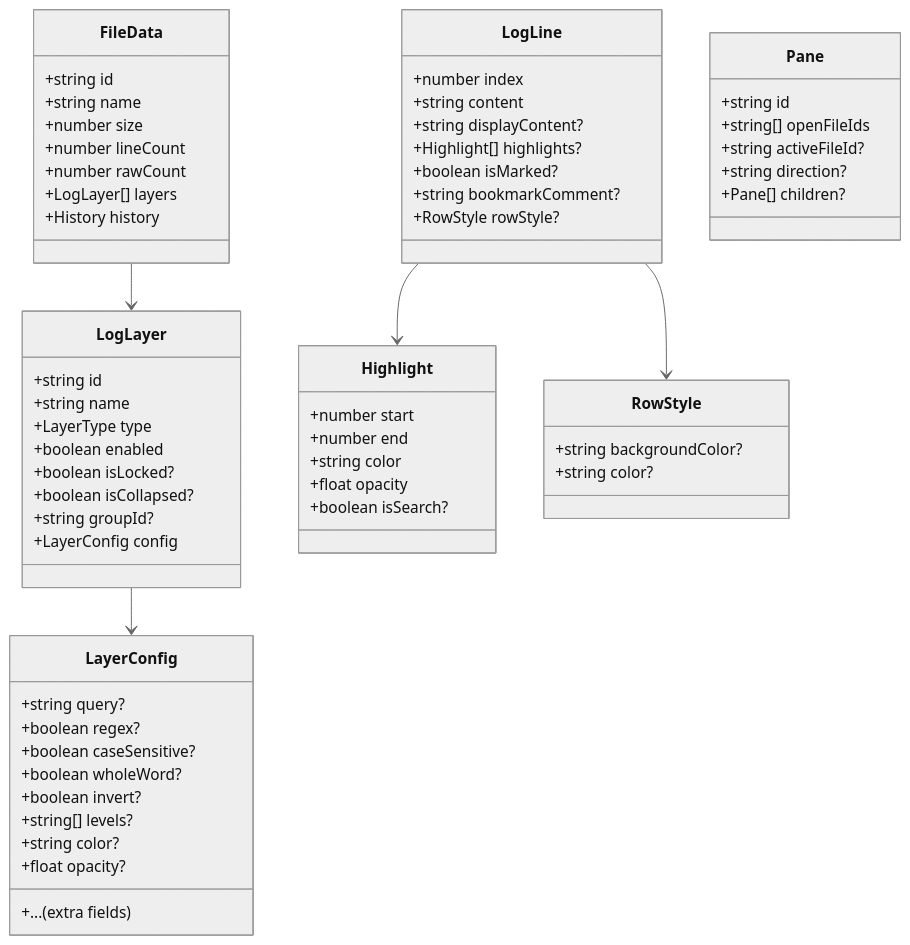
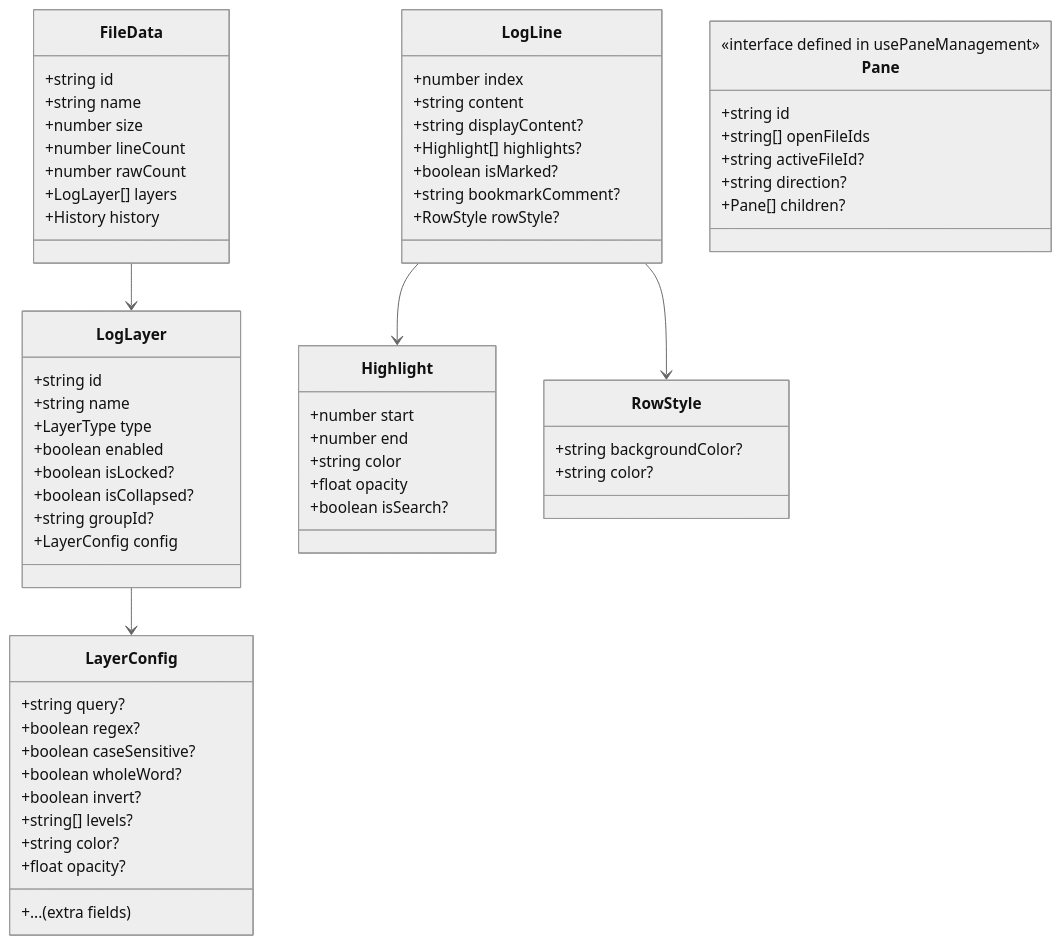
Diagram 26 of 27 in megatron_mermaid.md (qmjianda/loglayer), drawn with Mermaid (neutral theme) before and after one commit. The commit also changed other lines of this file and 63 other files, not shown here.

````diff
--- a/megatron_mermaid.md
+++ b/megatron_mermaid.md
@@ -1346,71 +1508,72 @@
 ```mermaid
 classDiagram
     class LogLayer {
         +string id
         +string name
         +LayerType type
         +boolean enabled
         +boolean isLocked?
         +boolean isCollapsed?
         +string groupId?
         +LayerConfig config
     }
     
     class LayerConfig {
         +string query?
         +boolean regex?
         +boolean caseSensitive?
         +boolean wholeWord?
         +boolean invert?
         +string[] levels?
         +string color?
         +float opacity?
         +... (extra fields)
     }
     
     class LogLine {
         +number index
         +string content
         +string displayContent?
         +Highlight[] highlights?
         +boolean isMarked?
         +string bookmarkComment?
         +RowStyle rowStyle?
     }
     
     class Highlight {
         +number start
         +number end
         +string color
         +float opacity
         +boolean isSearch?
     }
     
     class RowStyle {
         +string backgroundColor?
         +string color?
     }
     
     class FileData {
         +string id
         +string name
         +number size
         +number lineCount
         +number rawCount
         +LogLayer[] layers
         +History history
     }
     
     class Pane {
+        <<interface defined in usePaneManagement>>
         +string id
         +string[] openFileIds
         +string activeFileId?
         +string direction?
         +Pane[] children?
     }
     
     LogLayer --> LayerConfig
     LogLine --> Highlight
     LogLine --> RowStyle
     FileData --> LogLayer
 ```
````
